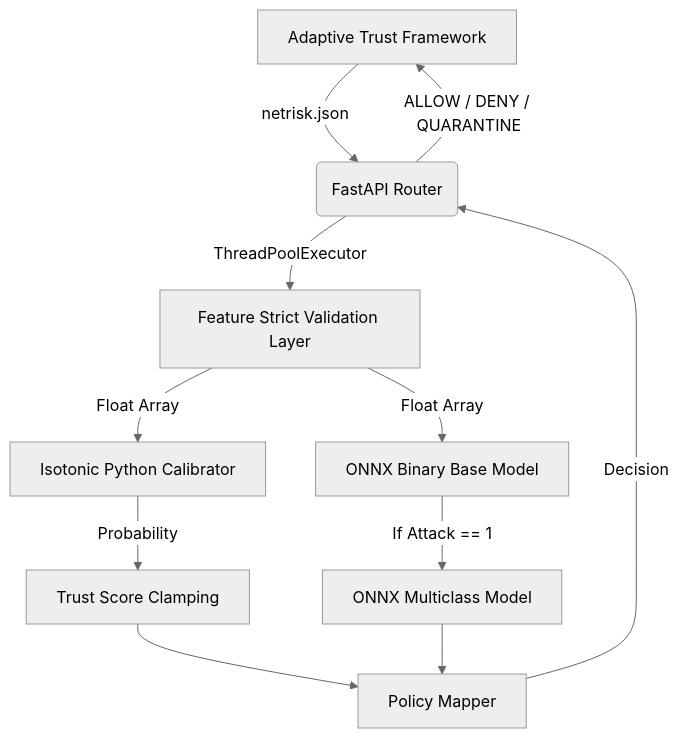
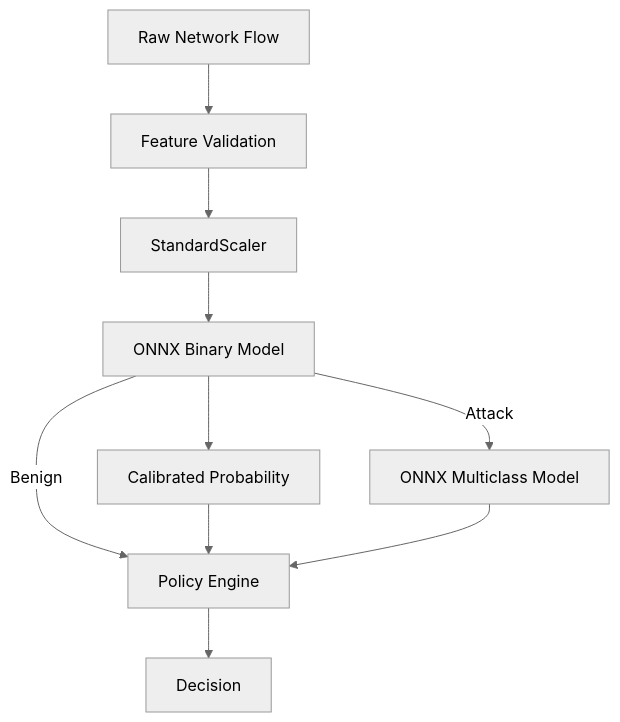
Before and after one commit to Shuchi-Anush/cybersentinel-ai: the diagram in README.md, drawn with Mermaid (neutral theme). The commit also changed other lines of this file and 1 other file, not shown here.

Commit message:
docs: improve README with architecture, usage, and visuals placeholders

````diff
--- a/README.md
+++ b/README.md
@@ -18,13 +62,12 @@
 ```mermaid
 graph TD
-    A[Adaptive Trust Framework] --> |netrisk.json| B(FastAPI Router)
-    B --> |ThreadPoolExecutor| C[Feature Strict Validation Layer]
-    C --> |Float Array| D[ONNX Binary Base Model]
-    C --> |Float Array| E[Isotonic Python Calibrator]
-    D --> |If Attack == 1| F[ONNX Multiclass Model]
-    E --> |Probability| G[Trust Score Clamping]
-    G --> H[Policy Mapper]
+    A[Raw Network Flow] --> B[Feature Validation]
+    B --> C[StandardScaler]
+    C --> D[ONNX Binary Model]
+    D -->|Attack| E[ONNX Multiclass Model]
+    D -->|Benign| H[Policy Engine]
+    D --> F[Calibrated Probability]
     F --> H
-    H --> |Decision| B
-    B --> |ALLOW / DENY / QUARANTINE| A
+    E --> H
+    H --> G[Decision]
 ```
````
